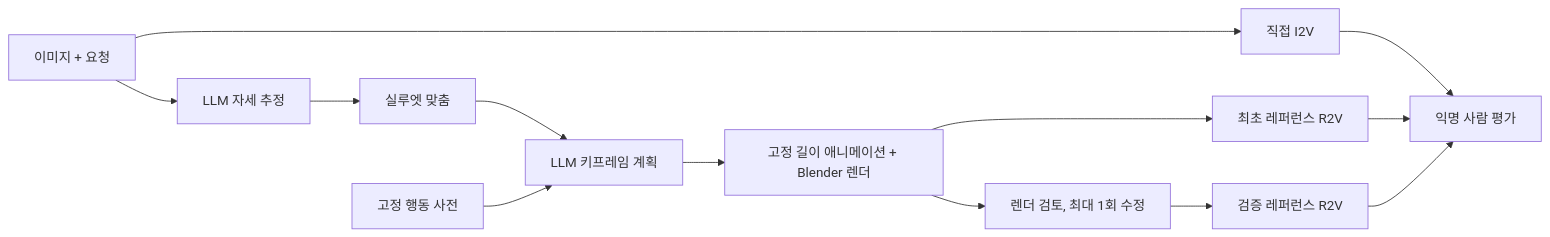
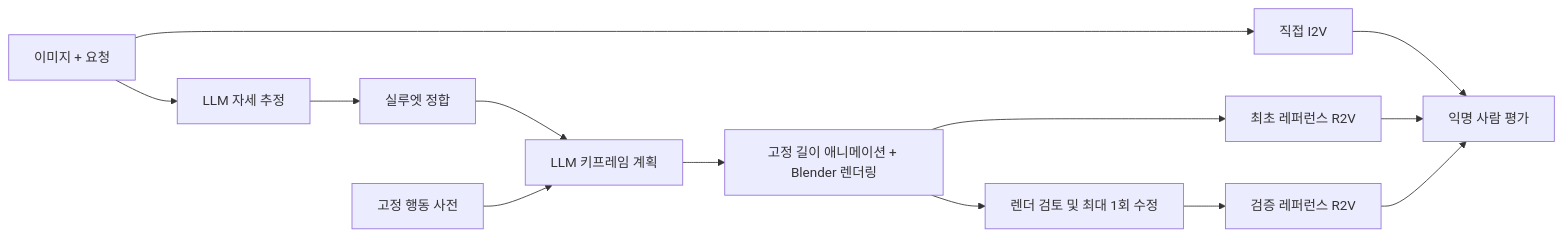
Before and after one commit to enggaa/motion-reference-benchmark: the diagram in docs/MIDTERM_REPORT.ko.md, drawn with Mermaid. The commit also changed other lines of this file, not shown here.

````diff
--- a/docs/MIDTERM_REPORT.ko.md
+++ b/docs/MIDTERM_REPORT.ko.md
@@ -49,15 +57,15 @@
 ```mermaid
 flowchart LR
  I[이미지 + 요청] --> A[직접 I2V]
  I --> P1[LLM 자세 추정]
- P1 --> F[실루엣 맞춤]
+ P1 --> F[실루엣 정합]
  F --> P2[LLM 키프레임 계획]
  D[고정 행동 사전] --> P2
- P2 --> R[고정 길이 애니메이션 + Blender 렌더]
+ P2 --> R[고정 길이 애니메이션 + Blender 렌더링]
  R --> B[최초 레퍼런스 R2V]
- R --> V[렌더 검토, 최대 1회 수정]
+ R --> V[렌더 검토 및 최대 1회 수정]
  V --> C[검증 레퍼런스 R2V]
  A --> E[익명 사람 평가]
  B --> E
  C --> E
 ```
````
